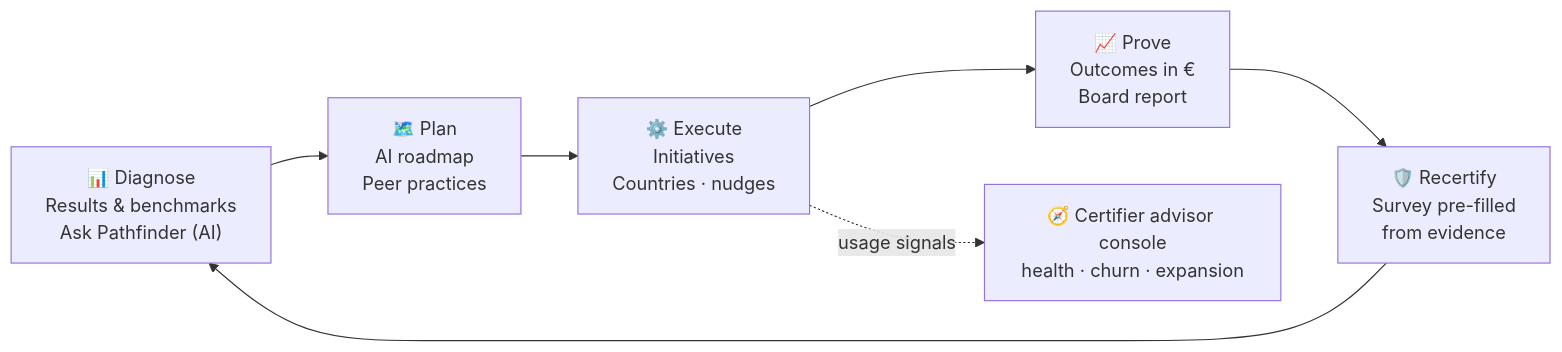
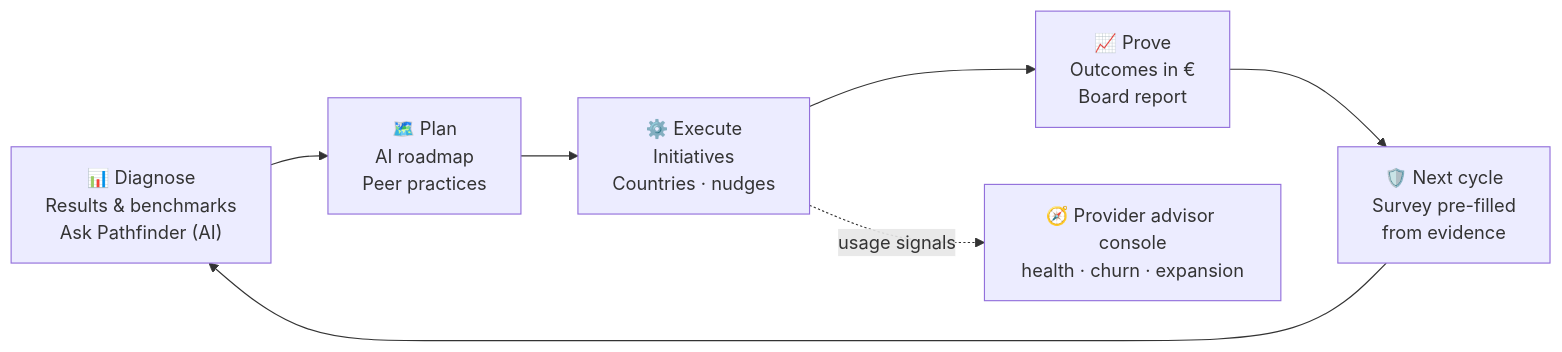
One commit to aayushm1/pathfinder changed the first of 2 diagrams in README.md. Above: the diagram before and after it, drawn with Mermaid. The commit also changed other lines of this file and 18 other files, not shown here.

````diff
--- a/README.md
+++ b/README.md
@@ -91,9 +91,9 @@
 ```mermaid
 flowchart LR
     A["📊 Diagnose<br/>Results & benchmarks<br/>Ask Pathfinder (AI)"] --> B["🗺️ Plan<br/>AI roadmap<br/>Peer practices"]
     B --> C["⚙️ Execute<br/>Initiatives<br/>Countries · nudges"]
     C --> D["📈 Prove<br/>Outcomes in €<br/>Board report"]
-    D --> E["🛡️ Recertify<br/>Survey pre-filled<br/>from evidence"]
+    D --> E["🛡️ Next cycle<br/>Survey pre-filled<br/>from evidence"]
     E --> A
-    C -. "usage signals" .-> F["🧭 Certifier advisor console<br/>health · churn · expansion"]
+    C -. "usage signals" .-> F["🧭 Provider advisor console<br/>health · churn · expansion"]
 ```
````
